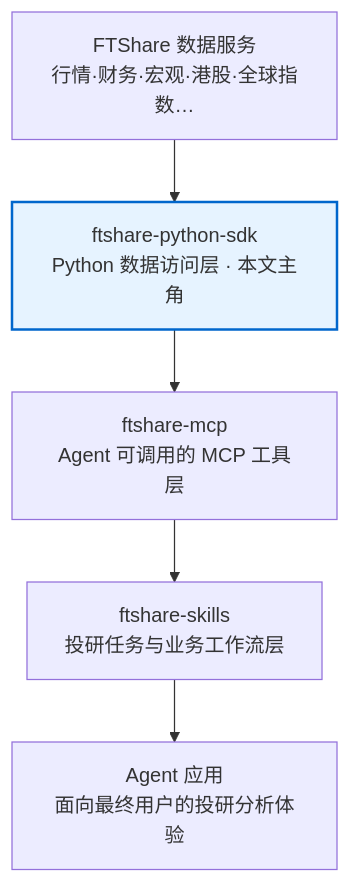
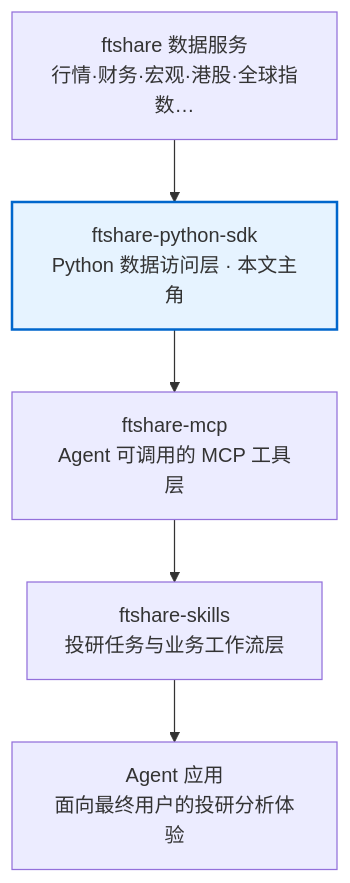
One commit to A1pha3/text-matrix changed the first of 2 diagrams in content/posts/tech/ftshare-python-sdk-financial-data-agent-access-layer.md. Above: the diagram before and after it, drawn with Mermaid. The commit also changed other lines of this file and 72 other files, not shown here.

````diff
--- a/content/posts/tech/ftshare-python-sdk-financial-data-agent-access-layer.md
+++ b/content/posts/tech/ftshare-python-sdk-financial-data-agent-access-layer.md
@@ -39,9 +39,9 @@
 ```mermaid
 graph TD
-    A[FTShare 数据服务<br/>行情·财务·宏观·港股·全球指数…] --> B[ftshare-python-sdk<br/>Python 数据访问层 · 本文主角]
+    A[ftshare 数据服务<br/>行情·财务·宏观·港股·全球指数…] --> B[ftshare-python-sdk<br/>Python 数据访问层 · 本文主角]
     B --> C[ftshare-mcp<br/>Agent 可调用的 MCP 工具层]
     C --> D[ftshare-skills<br/>投研任务与业务工作流层]
     D --> E[Agent 应用<br/>面向最终用户的投研分析体验]
 
     style B fill:#e6f3ff,stroke:#0066cc,stroke-width:2px
 ```
````
